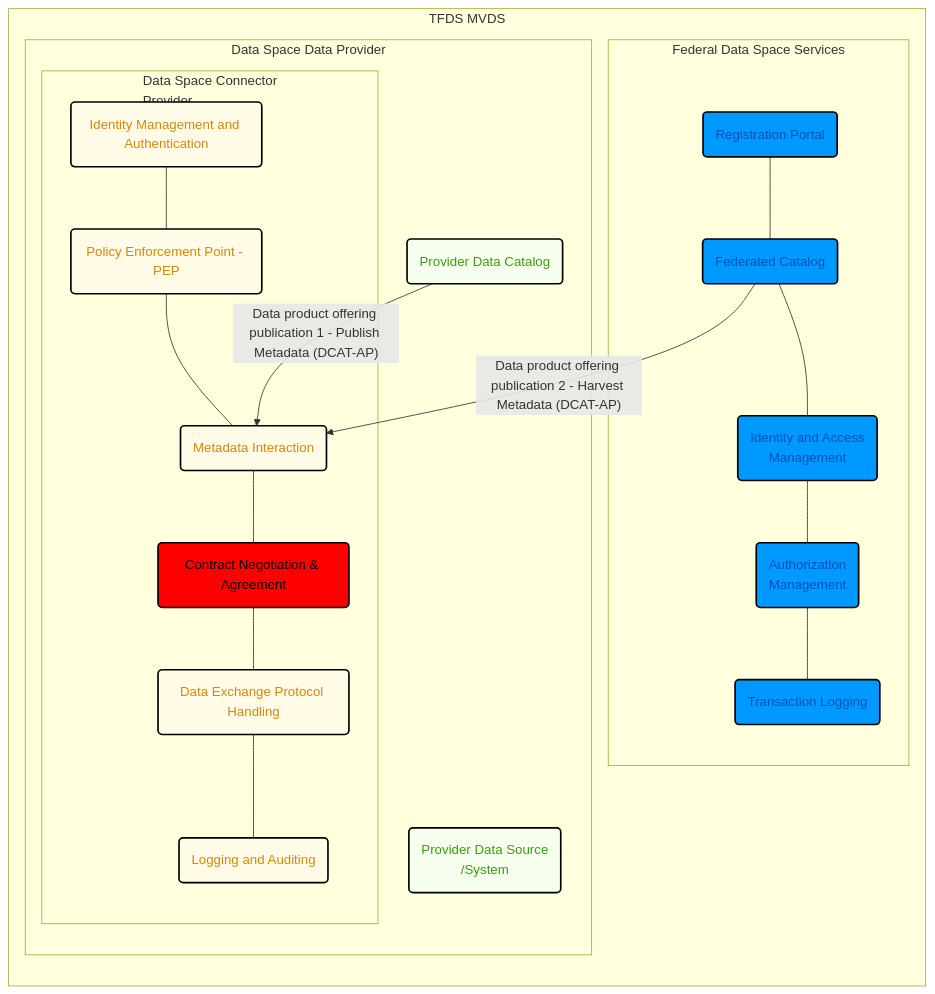
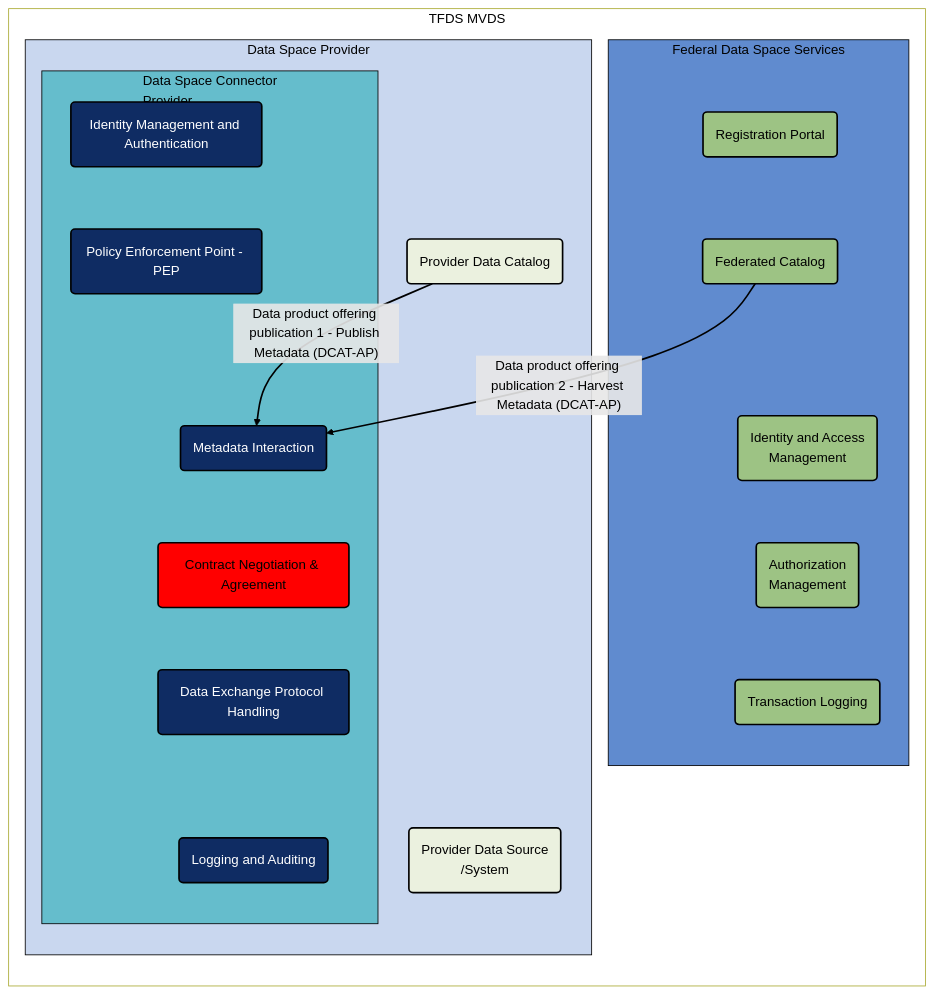
One commit to ForumViriumHelsinki/traffic_flow_data_space changed the diagram in data_space_architecture_schematics/logical_architecture_schematics/logical_architecture_schematic_data_product_offeting_publication.md. Above: the diagram before and after it, drawn with Mermaid.

Commit message:
Colorised.

````diff
--- a/data_space_architecture_schematics/logical_architecture_schematics/logical_architecture_schematic_data_product_offeting_publication.md
+++ b/data_space_architecture_schematics/logical_architecture_schematics/logical_architecture_schematic_data_product_offeting_publication.md
@@ -1,62 +1,79 @@
 ```mermaid
 graph LR
-    subgraph "TFDS MVDS"
+    subgraph TfdsMvds["TFDS MVDS"]
 
-        subgraph FDSC[Federal Data Space Services]
+        subgraph FdSs["Federal Data Space Services"]
             RegPortal("Registration Portal"):::federalDS
             FedCatalog("Federated Catalog"):::federalDS
             IAM("Identity and Access<br>Management"):::federalDS
             AuthZ("Authorization<br>Management"):::federalDS
             Logger("Transaction Logging"):::federalDS
 
             RegPortal --- FedCatalog
             FedCatalog --- IAM
             IAM --- AuthZ
             AuthZ --- Logger
-
         end
 
-        subgraph DSDP[Data Space Data Provider]
+        subgraph DsDp["Data Space Provider"]
             ProviderApp("Provider Data Source<br>/System"):::providerApplication
             ProviderCatalog("Provider Data Catalog"):::providerApplication
-            subgraph DSProviderDSC[Data Space Connector<br>Provider]
-                ProviderDSCiam(Identity Management and Authentication):::providerDSC
-                ProviderDSCpep(Policy Enforcement Point - PEP):::providerDSC
-                ProviderDSCmeta(Metadata Interaction ):::providerDSC
-                ProviderDSCcontract(Contract Negotiation & Agreement ):::notImplementedDSC
-                ProviderDSCdataExhange(Data Exchange Protocol Handling):::providerDSC
-                ProviderDSClog(Logging and Auditing):::providerDSC
+            subgraph DSProviderDSC["Data Space Connector<br>Provider"]
+                ProviderDSCiam("Identity Management and Authentication"):::providerDSC
+                ProviderDSCpep("Policy Enforcement Point - PEP"):::providerDSC
+                ProviderDSCmeta("Metadata Interaction"):::providerDSC
+                ProviderDSCcontract("Contract Negotiation & Agreement"):::notImplementedDSC
+                ProviderDSCdataExhange("Data Exchange Protocol Handling"):::providerDSC
+                ProviderDSClog("Logging and Auditing"):::providerDSC
 
                 ProviderDSCiam --- ProviderDSCpep
                 ProviderDSCpep --- ProviderDSCmeta
                 ProviderDSCmeta --- ProviderDSCcontract
                 ProviderDSCcontract --- ProviderDSCdataExhange
                 ProviderDSCdataExhange --- ProviderDSClog
             end
         end
 
         %% Data space provider data product offering publication
 
         ProviderCatalog -- "Data product offering publication 1 - Publish Metadata (DCAT-AP)" --> ProviderDSCmeta
         FedCatalog -- "Data product offering publication 2 - Harvest Metadata (DCAT-AP)" --> ProviderDSCmeta
 
-       
-        %% TODO: Styling once the schematic is in it's final phases.
-        
-        
-        %% Style Definitions for classes
-        classDef federalDS fill:#0099ff,stroke:#000000,stroke-width:2px,color:#0050b3
-        classDef providerApplication fill:#f6ffed,stroke:#000000,stroke-width:2px,color:#389e0d
-        classDef consumerApplication fill:#fffbe6,stroke:#000000,stroke-width:2px,color:#d48806
+        %% Style Definitions
 
-        classDef providerDSC fill:#fffbe6,stroke:#000000,stroke-width:2px,color:#d48806
-        classDef ConsumerDSC fill:#fffbe6,stroke:#000000,stroke-width:2px,color:#d48806
-        classDef notImplementedDSC fill:#ff0000,stroke:#000000,stroke-width:2px,color:#000000
+        %% Style : TFDS MVDS
+        style TfdsMvds fill:#ffffff, color:#000000, strokeWidth: 2, verticalAlign: top, fontStyle:1
+    
+        %% Style : Federal Sata Space Services
+        style FdSs fill:#608bcf, color:#000000, stroke: #000000, strokeWidth: 2, verticalAlign: top, fontStyle:1
+        %% Class definition : Federal Sata Space Services components
+        classDef federalDS fill:#9dc384, color:#000000, stroke:#000000, stroke-width:2px, fontStyle:1
 
-        classDef userDS fill:#fffbe6,stroke:#000000,stroke-width:2px,color:#d48806
+        %% Style : Data Space Provider
+        style DsDp fill:#c9d7ef, color:#000000, stroke:#000000, strokeWidth: 2, verticalAlign: top, fontStyle:1
+        %% Style : Data Space Provider Data Space Connector
+        style DSProviderDSC fill:#65bdcc, color:#000000, stroke:#000000, strokeWidth: 2, verticalAlign: top, fontStyle:1
+        %% Class definition : Data Space Provider components
+        classDef providerDSC fill:#0f2c63, color:#ffffff, stroke:#000000, stroke-width:2px, fontStyle:1
+        %% Class definition : Data Space Provider Application
+        classDef providerApplication fill:#ebf1df, color:#000000, stroke:#000000, stroke-width:2px, fontStyle:1
+
+        %% Class definition : Data Space Connector components not planned
+        classDef notImplementedDSC fill:#ff0000, color:#000000, stroke:#000000, stroke-width:2px, fontStyle:1
 
 
-        %% Style Definitions for graphs
-        %%style FDSC fill:#fffbe6, color:#000000,  strokeWidth: 2, verticalAlign: top, fontStyle:1
-    end
+        %% Style for linking lines
+        linkStyle default color:#000000, stroke:#000000, stroke-width:2px, fill:none
+        classDef linkTextBox color:#ffffff, stroke:#000000, stroke-width:2px, fill:none
+        %% Hide non arrow links, we want them grouped but with no visible lines.
+        linkStyle 0 stroke:none
+        linkStyle 1 stroke:none
+        linkStyle 2 stroke:none
+        linkStyle 3 stroke:none
+        linkStyle 4 stroke:none
+        linkStyle 5 stroke:none
+        linkStyle 6 stroke:none
+        linkStyle 7 stroke:none
+        linkStyle 8 stroke:none
+    end 
 ```
````
